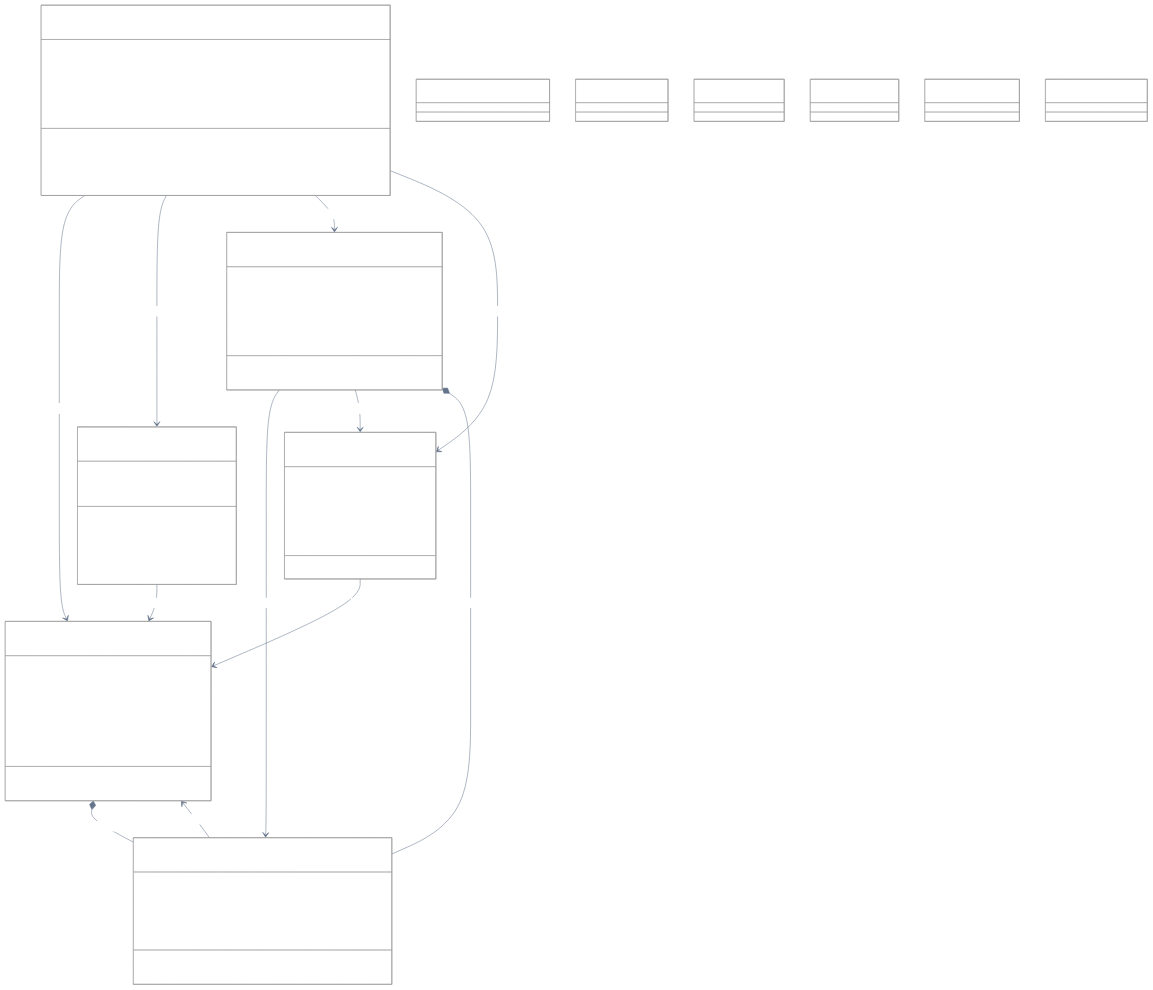
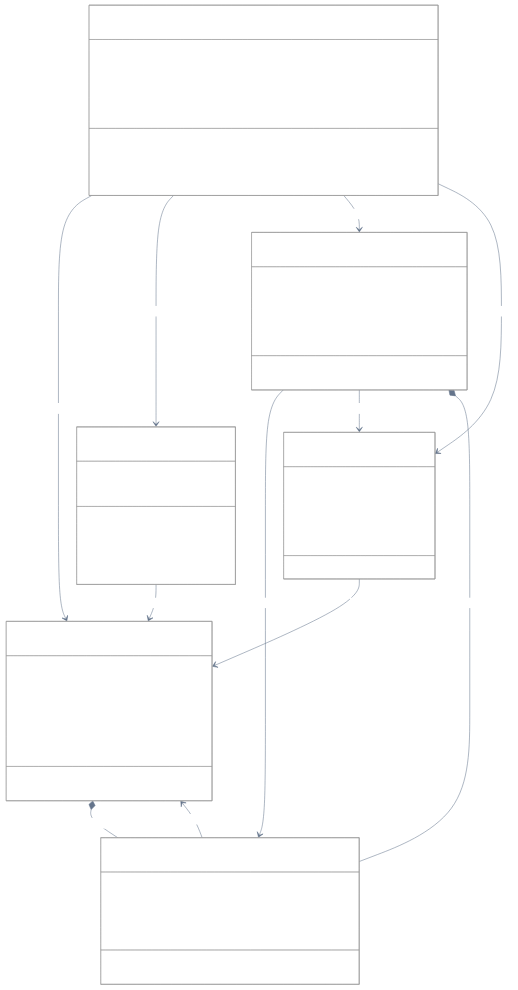
One commit to vjsingh1984/proximaDB changed the diagram in docs/diagrams/vector-operations-detail-modular.mmd. Above: the diagram before and after it, drawn with Mermaid. The commit also changed 11 other files, not shown here.

First line of the commit message:
fix: resolve class diagram style syntax errors and add business overview

```diff
--- a/docs/diagrams/vector-operations-detail-modular.mmd
+++ b/docs/diagrams/vector-operations-detail-modular.mmd
@@ -1,114 +1,107 @@
 %%{init: {"theme":"neutral", "themeVariables": {"primaryColor":"#2563eb","primaryTextColor":"#ffffff","primaryBorderColor":"#1e40af","lineColor":"#64748b","secondaryColor":"#10b981","secondaryTextColor":"#ffffff","tertiaryColor":"#f59e0b","tertiaryTextColor":"#ffffff","background":"transparent","mainBkg":"#ffffff","secondBkg":"#f8fafc","textColor":"#1e293b","nodeTextColor":"#1e293b","fontFamily":"-apple-system, BlinkMacSystemFont, Segoe UI, Roboto, sans-serif","fontSize":"14px","clusterBkg":"#f1f5f9","clusterBorder":"#cbd5e1","edgeLabelBackground":"#ffffff"}}}%%
 
 classDiagram
     %% Vector Operations Module - Focused on vector manipulation capabilities
     
     class VectorOperationsService {
         <<Service>>
         services/vector_operations_service.rs
         -viper_engine: Arc~ViperEngine~
         -sst_engine: Arc~SstEngine~
         -mvcc_resolver: MvccResolver
         +insert_vectors_direct(collection_id: String, vectors: Vec~VectorRecord~) Result~()~
         +search_vectors(collection_id: String, query: Vec~f32~, k: usize) Result~Vec~SearchResult~~
         +update_vector(collection_id: String, vector_id: String, vector: VectorRecord) Result~()~
         +delete_vector(collection_id: String, vector_id: String) Result~()~
         +bulk_operations(operations: Vec~VectorOperation~) Result~BulkResult~
         Direct Memtable Access
         40-60% Latency Reduction
         Dual Engine Coordination
     }
     
     class VectorRecord {
         <<Entity>>
         core/models/vector_record.rs
         +id: Option~String~
         +vector: Vec~f32~
         +metadata: HashMap~String, Value~
         +timestamp: u64
         +version: u32
         +validate_dimensions(expected: usize) Result~()~
         +extract_metadata_value(key: String) Option~Value~
         Core Vector Data Structure
         Proto-First Design
         MVCC Support
     }
     
     class VectorOperation {
         <<Enum>>
         core/models/vector_operation.rs
         Insert(VectorRecord)
         Update(String, VectorRecord)
         Delete(String)
         Search(SearchQuery)
         +execute() Result~OperationResult~
         +validate() Result~()~
         Polymorphic Operations
         Batch Processing Support
     }
     
     class SearchQuery {
         <<ValueObject>>
         core/models/search_query.rs
         +vector: Vec~f32~
         +top_k: usize
         +filters: Vec~MetadataFilter~
         +distance_metric: DistanceMetric
         +build_execution_plan() ExecutionPlan
         +optimize_for_engine(engine: EngineType) SearchQuery
         Query Optimization
         Filter Pushdown Support
     }
     
     class MetadataFilter {
         <<ValueObject>>
         core/models/metadata_filter.rs
         +field: String
         +operator: FilterOperator
         +value: Value
         +apply(record: VectorRecord) bool
         +combine(other: MetadataFilter, op: LogicalOperator) MetadataFilter
         Complex Filtering Logic
         SQL-Like Operations
     }
     
     class SearchResult {
         <<ValueObject>>
         core/models/search_result.rs
         +vector_record: VectorRecord
         +similarity_score: f32
         +distance: f32
         +metadata: HashMap~String, Value~
         +rank() usize
         Result Ranking
         Metadata Enrichment
     }
     
     %% Relationships
     VectorOperationsService --> VectorRecord : manages
     VectorOperationsService --> VectorOperation : executes
     VectorOperationsService --> SearchQuery : processes
     VectorOperationsService --> SearchResult : returns
     
     VectorOperation --> VectorRecord : contains
     SearchQuery --> MetadataFilter : includes
     SearchQuery --> SearchResult : produces
     MetadataFilter --> VectorRecord : filters
     SearchResult --> VectorRecord : wraps
     
     %% Composition relationships
     VectorRecord *-- MetadataFilter : filtered by
     SearchQuery *-- MetadataFilter : composed of
     
     %% Professional styling
     classDef serviceClass fill:#e3f2fd,stroke:#1976d2,stroke-width:3px,color:#000000
     classDef entityClass fill:#e8f5e8,stroke:#388e3c,stroke-width:2px,color:#000000
     classDef valueClass fill:#fff3e0,stroke:#f57c00,stroke-width:2px,color:#000000
     classDef enumClass fill:#f3e5f5,stroke:#7b1fa2,stroke-width:2px,color:#000000
-    
-    class VectorOperationsService serviceClass
-    class VectorRecord entityClass
-    class SearchResult entityClass
-    class SearchQuery valueClass
-    class MetadataFilter valueClass
-    class VectorOperation enumClass
```
